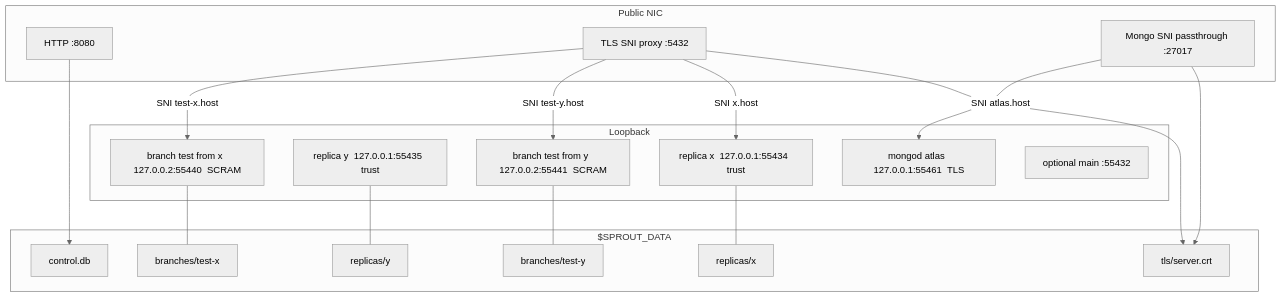
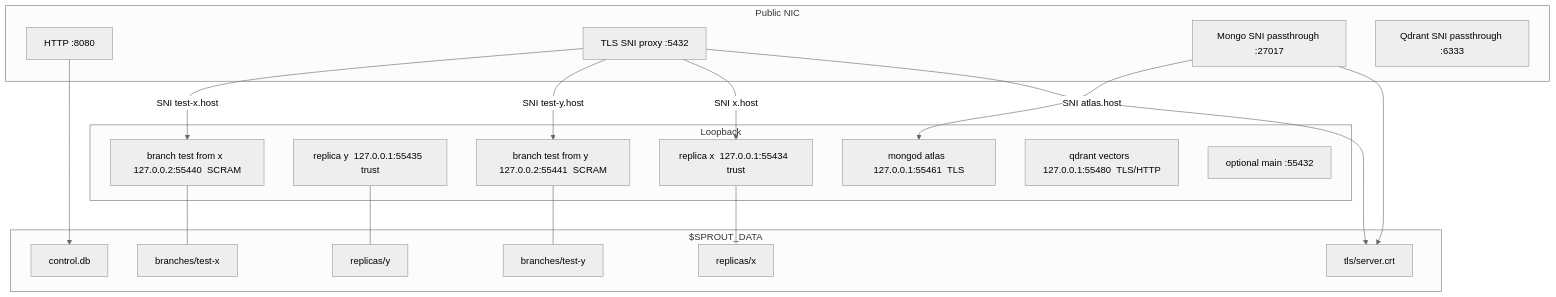
One commit to adityaraj-09/sprout changed the third of 9 diagrams in ARCHITECTURE.md. Above: the diagram before and after it, drawn with Mermaid (neutral theme). The commit also changed other lines of this file and 38 other files, not shown here.

````diff
--- a/ARCHITECTURE.md
+++ b/ARCHITECTURE.md
@@ -99,38 +101,40 @@
 ```mermaid
 flowchart TB
   subgraph public [Public NIC]
     API["HTTP :8080"]
     SNI["TLS SNI proxy :5432"]
     MNI["Mongo SNI passthrough :27017"]
+    QNI["Qdrant SNI passthrough :6333"]
   end
 
   subgraph loop [Loopback]
     RX["replica x  127.0.0.1:55434  trust"]
     RY["replica y  127.0.0.1:55435  trust"]
     BX["branch test from x  127.0.0.2:55440  SCRAM"]
     BY["branch test from y  127.0.0.2:55441  SCRAM"]
     MX["mongod atlas  127.0.0.1:55461  TLS"]
+    QX["qdrant vectors  127.0.0.1:55480  TLS/HTTP"]
     MAIN["optional main  :55432"]
   end
 
   subgraph disk ["$SPROUT_DATA"]
     DB["control.db"]
     TLS["tls/server.crt"]
     D1["replicas/x"]
     D2["replicas/y"]
     D3["branches/test-x"]
     D4["branches/test-y"]
   end
 
   SNI -->|"SNI test-x.host"| BX
   SNI -->|"SNI test-y.host"| BY
   SNI -->|"SNI x.host"| RX
   MNI -->|"SNI atlas.host"| MX
   API --> DB
   SNI --> TLS
   MNI --> TLS
   RX --- D1
   RY --- D2
   BX --- D3
   BY --- D4
 ```
````
